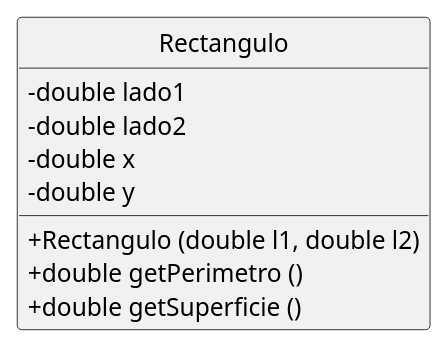
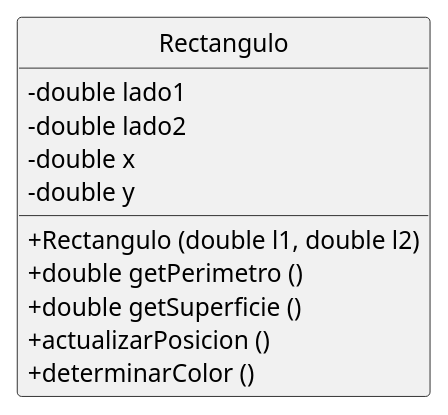
The diagram in Rectangulo.puml (meschoyez/111mil-2020-PrimerosObjetos), drawn with PlantUML before and after one commit. The commit also changed 4 other files, not shown here.

```diff
--- a/Rectangulo.puml
+++ b/Rectangulo.puml
@@ -1,16 +1,18 @@
 @startuml App
 
 skinparam ClassAttributeIconSize 0
 hide circle
 
 class Rectangulo {
     - double lado1
     - double lado2
     - double x
     - double y
     + Rectangulo (double l1, double l2)
     + double getPerimetro ()
     + double getSuperficie ()
+    + actualizarPosicion ()
+    + determinarColor ()
 }
 
 @enduml
```
